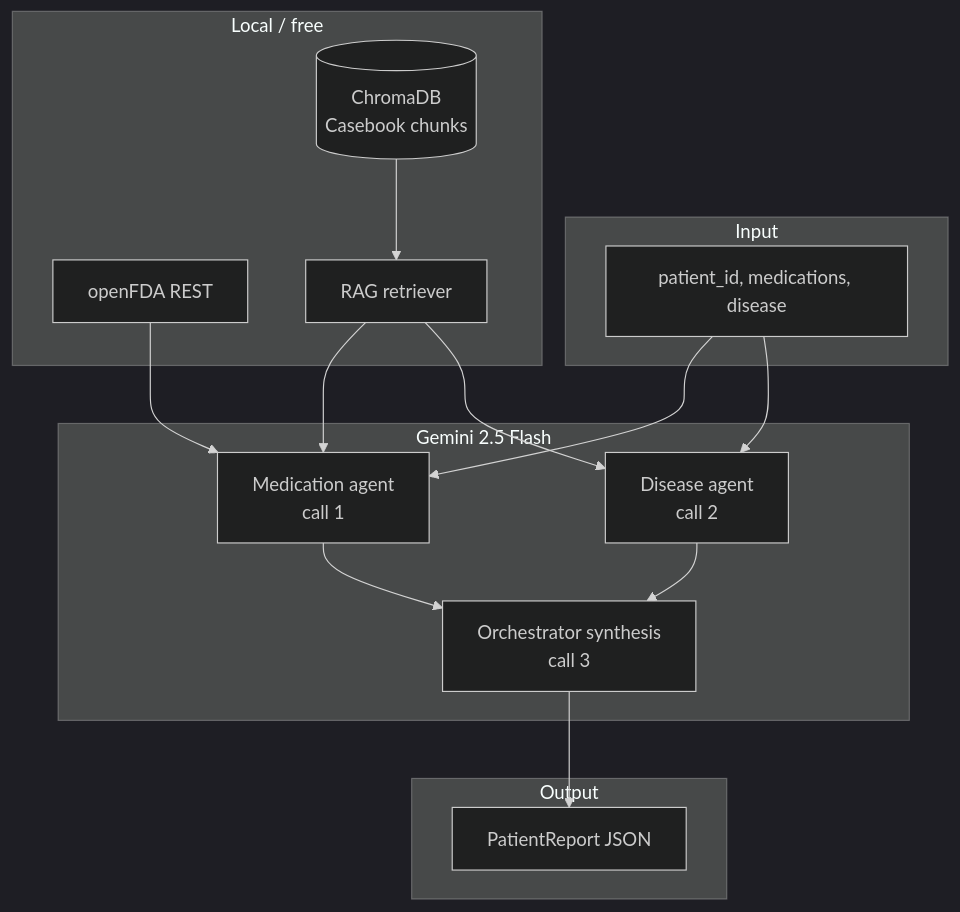
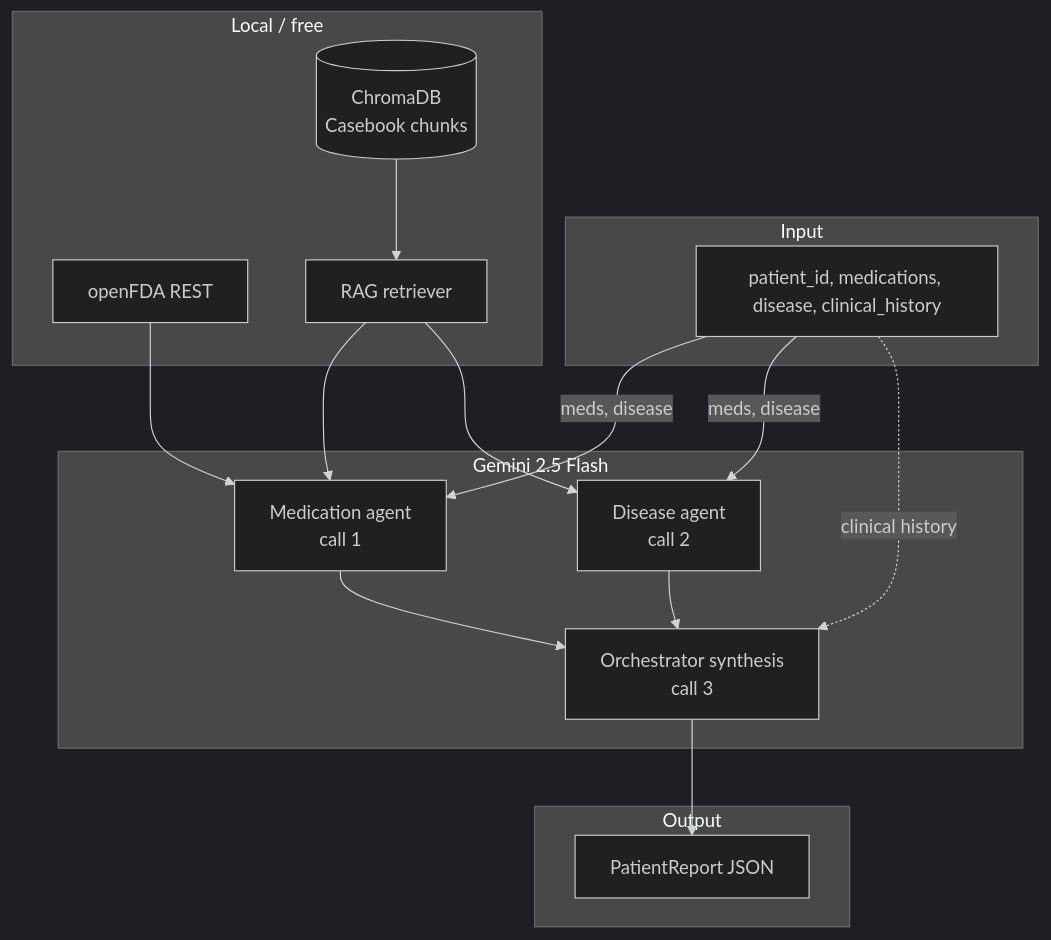
The diagram in README.md (josorioam404/multiagent_diagnostics), drawn with Mermaid (dark theme) before and after one commit. The commit also changed other lines of this file, not shown here.

Commit message:
docs: Sync README with orchestrator clinical history changes
Update the CLI options, the architecture mermaid diagram, evaluation benchmark table, and custom case command example to reflect that clinical history is passed to the orchestrator synthesis step. Also remove obsolete links to dev specs.

````diff
--- a/README.md
+++ b/README.md
@@ -72,32 +72,33 @@
 ```mermaid
 flowchart TB
   subgraph input [Input]
-    P[patient_id, medications, disease]
+    P[patient_id, medications, disease, clinical_history]
   end
 
   subgraph local [Local / free]
     CHROMA[(ChromaDB<br/>Casebook chunks)]
     FDA[openFDA REST]
     RET[RAG retriever]
     CHROMA --> RET
   end
 
   subgraph agents [Gemini 2.5 Flash]
     MA[Medication agent<br/>call 1]
     DA[Disease agent<br/>call 2]
     OR[Orchestrator synthesis<br/>call 3]
   end
 
   subgraph output [Output]
     RPT[PatientReport JSON]
   end
 
-  P --> MA
-  P --> DA
+  P -->|meds, disease| MA
+  P -->|meds, disease| DA
+  P -.->|clinical history| OR
   RET --> MA
   RET --> DA
   FDA --> MA
   MA --> OR
   DA --> OR
   OR --> RPT
 ```
````
